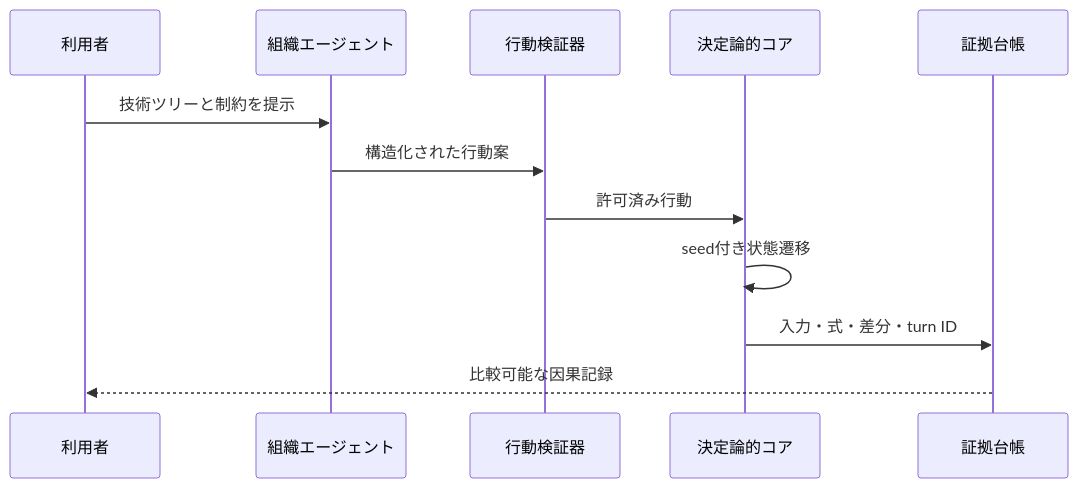
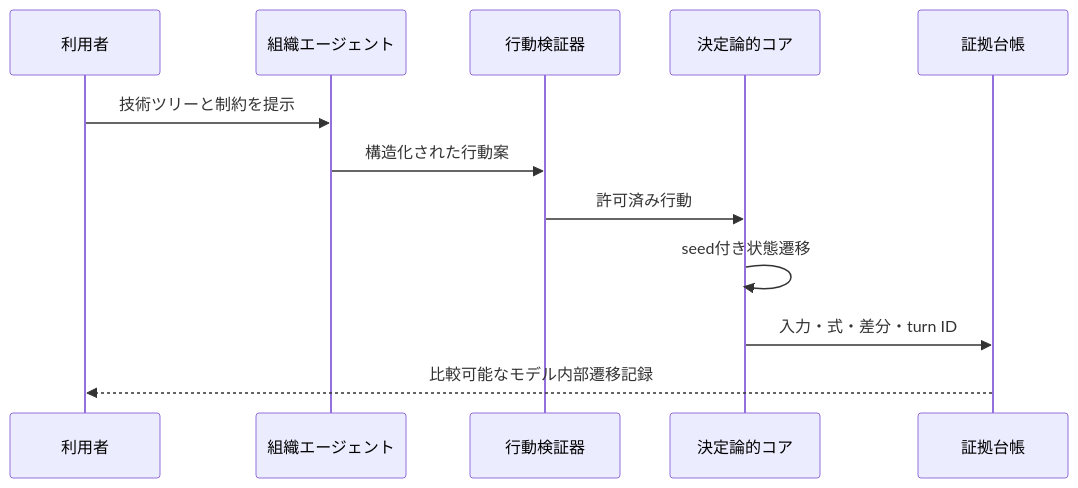
One commit to nexus-ai-2045/space-civilization-choice changed the diagram in docs/SIMULATION_DESIGN.md. Above: the diagram before and after it, drawn with Mermaid. The commit also changed other lines of this file and 19 other files, not shown here.

````diff
--- a/docs/SIMULATION_DESIGN.md
+++ b/docs/SIMULATION_DESIGN.md
@@ -78,14 +81,14 @@
 ```mermaid
 sequenceDiagram
   participant U as 利用者
   participant A as 組織エージェント
   participant V as 行動検証器
   participant C as 決定論的コア
   participant L as 証拠台帳
   U->>A: 技術ツリーと制約を提示
   A->>V: 構造化された行動案
   V->>C: 許可済み行動
   C->>C: seed付き状態遷移
   C->>L: 入力・式・差分・turn ID
-  L-->>U: 比較可能な因果記録
+  L-->>U: 比較可能なモデル内部遷移記録
 ```
````
